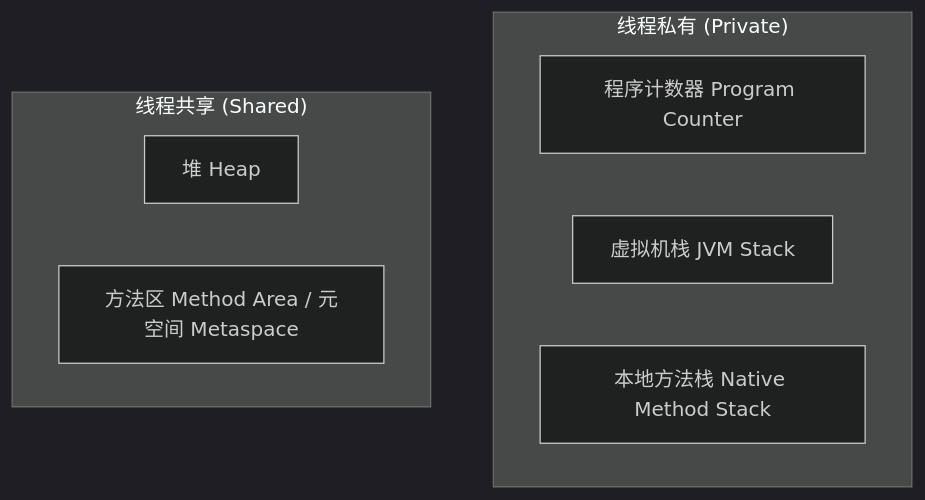
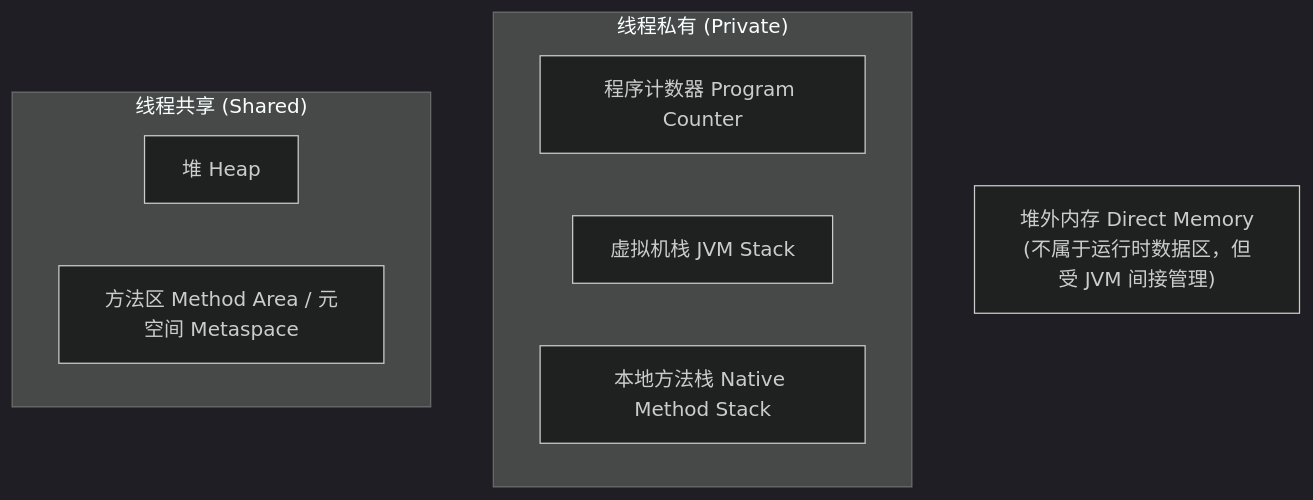
Before and after one commit to Aiden-Coding/AiDocs: the first of 7 diagrams in docs/java/jvm/memory-gc.md, drawn with Mermaid (dark theme). The commit also changed other lines of this file, not shown here.

````diff
--- a/docs/java/jvm/memory-gc.md
+++ b/docs/java/jvm/memory-gc.md
@@ -17,12 +17,13 @@
 ```mermaid
 graph TD
     subgraph "线程私有 (Private)"
         A[程序计数器 Program Counter]
         B[虚拟机栈 JVM Stack]
         C[本地方法栈 Native Method Stack]
     end
     subgraph "线程共享 (Shared)"
         D[堆 Heap]
         E[方法区 Method Area / 元空间 Metaspace]
     end
+    F["堆外内存 Direct Memory<br/>(不属于运行时数据区，但受 JVM 间接管理)"]
 ```
````
